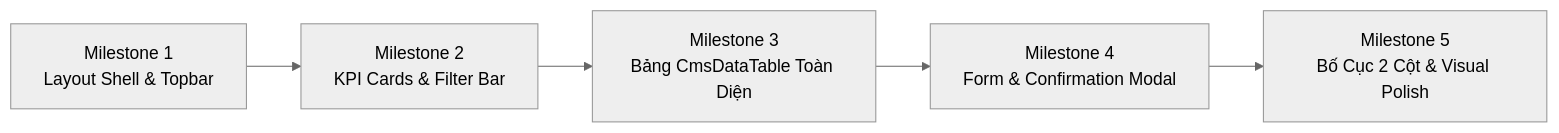
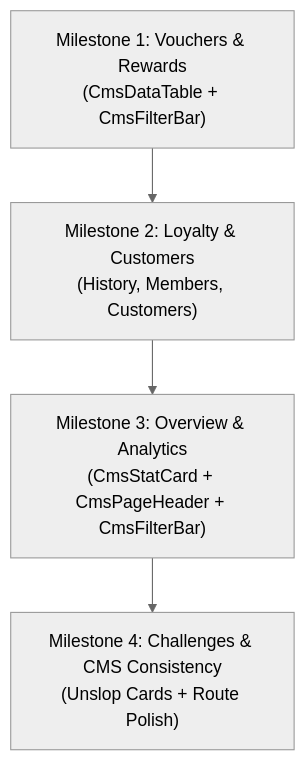
Before and after one commit to jack1e2401/loyalty-platform: the diagram in docs/superpowers/plans/2026-11-26-merchant-cms-ux-redesign-plan.md, drawn with Mermaid (neutral theme). The commit also changed other lines of this file, not shown here.

Commit message:
docs(merchant): align CMS redesign plan with Shopify Admin and Ant Design 6 spec

````diff
--- a/docs/superpowers/plans/2026-11-26-merchant-cms-ux-redesign-plan.md
+++ b/docs/superpowers/plans/2026-11-26-merchant-cms-ux-redesign-plan.md
@@ -35,7 +43,9 @@
 ```mermaid
-flowchart LR
-    M1["Milestone 1<br/>Layout Shell & Topbar"] --> M2["Milestone 2<br/>KPI Cards & Filter Bar"]
-    M2 --> M3["Milestone 3<br/>Bảng CmsDataTable Toàn Diện"]
-    M3 --> M4["Milestone 4<br/>Form & Confirmation Modal"]
-    M4 --> M5["Milestone 5<br/>Bố Cục 2 Cột & Visual Polish"]
+flowchart TD
+    M1["Milestone 1: Vouchers & Rewards<br/>(CmsDataTable + CmsFilterBar)"]
+    M2["Milestone 2: Loyalty & Customers<br/>(History, Members, Customers)"]
+    M3["Milestone 3: Overview & Analytics<br/>(CmsStatCard + CmsPageHeader + CmsFilterBar)"]
+    M4["Milestone 4: Challenges & CMS Consistency<br/>(Unslop Cards + Route Polish)"]
+
+    M1 --> M2 --> M3 --> M4
 ```
````
